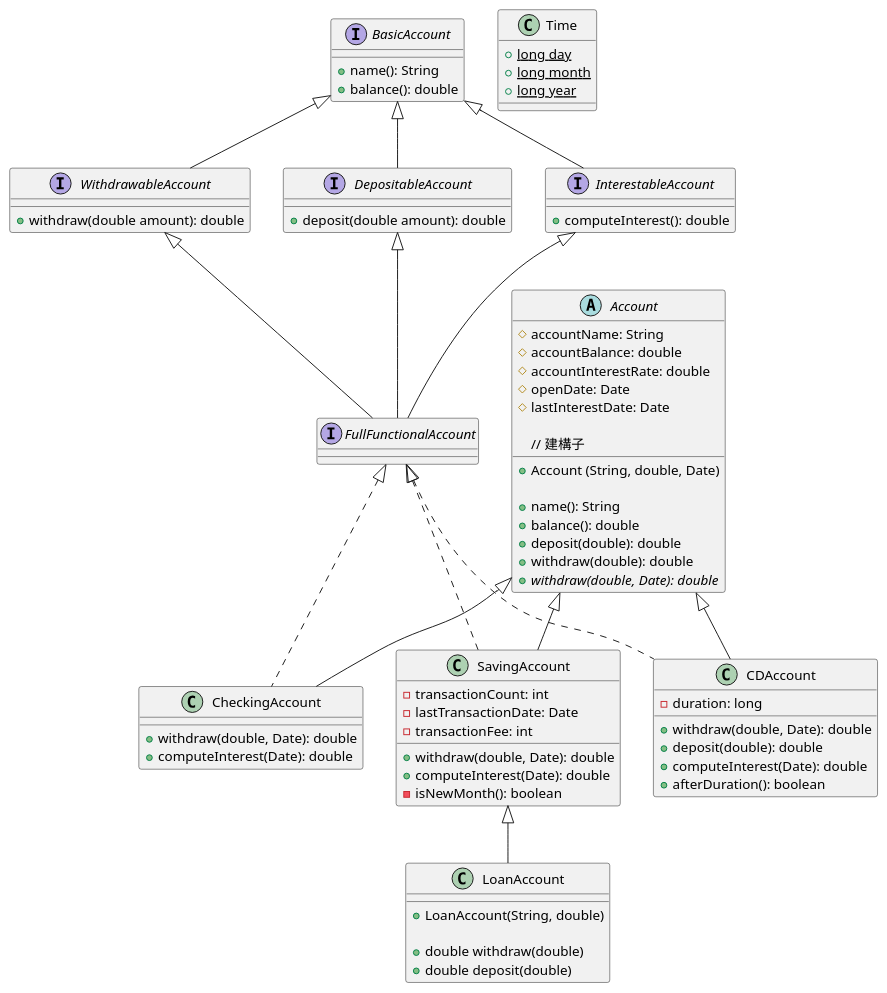
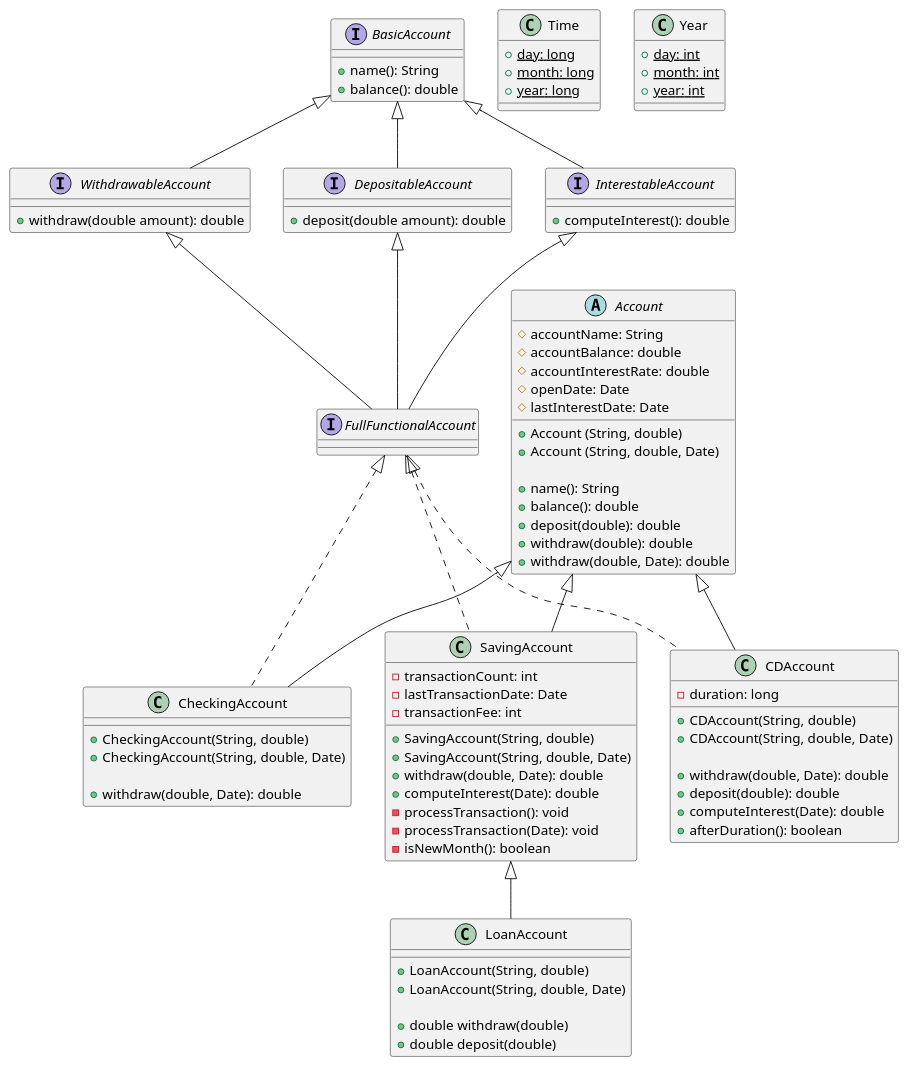
One commit to Ntust-Course/Programming-Languages changed the diagram in Assignment1/diagram.puml. Above: the diagram before and after it, drawn with PlantUML.

Commit message:
feat: update diagram

```diff
--- a/Assignment1/diagram.puml
+++ b/Assignment1/diagram.puml
@@ -1,75 +1,91 @@
 @startuml
 interface BasicAccount {
     +name(): String
     +balance(): double
 }
 
 interface WithdrawableAccount extends BasicAccount {
     +withdraw(double amount): double
 }
 
 interface DepositableAccount extends BasicAccount {
     +deposit(double amount): double
 }
 
 interface InterestableAccount extends BasicAccount {
     +computeInterest(): double
 }
 
 interface FullFunctionalAccount extends WithdrawableAccount, DepositableAccount, InterestableAccount {
 }
 
 abstract class Account {
     #accountName: String
     #accountBalance: double
     #accountInterestRate: double
     #openDate: Date
     #lastInterestDate: Date
 
-    // 建構子
+    +Account (String, double)
     +Account (String, double, Date)
 
     +name(): String
     +balance(): double
     +deposit(double): double
     +withdraw(double): double
-    +{abstract} withdraw(double, Date): double
+    +withdraw(double, Date): double
 }
 
 class CheckingAccount extends Account implements FullFunctionalAccount {
+    +CheckingAccount(String, double)
+    +CheckingAccount(String, double, Date)
+
     +withdraw(double, Date): double
-    +computeInterest(Date): double
 }
 
 class SavingAccount extends Account implements FullFunctionalAccount {
+    +SavingAccount(String, double)
+    +SavingAccount(String, double, Date)
+
     -transactionCount: int
     -lastTransactionDate: Date
     -transactionFee: int
 
     +withdraw(double, Date): double
     +computeInterest(Date): double
+    -processTransaction(): void
+    -processTransaction(Date): void
     -isNewMonth(): boolean
 }
 
 class CDAccount extends Account implements FullFunctionalAccount {
     -duration: long
+    +CDAccount(String, double)
+    +CDAccount(String, double, Date)
 
     +withdraw(double, Date): double
     +deposit(double): double
     +computeInterest(Date): double
     +afterDuration(): boolean
 }
 
 class LoanAccount extends SavingAccount {
     +LoanAccount(String, double)
+    +LoanAccount(String, double, Date)
 
     +double withdraw(double)
     +double deposit(double)
 }
 
 class Time {
-    {static} +long day
-    {static} +long month
-    {static} +long year
+    {static} +day: long
+    {static} +month: long
+    {static} +year: long
+}
+
+class Year {
+    {static} +day: int
+    {static} +month: int
+    {static} +year: int
 }
 @enduml
```
